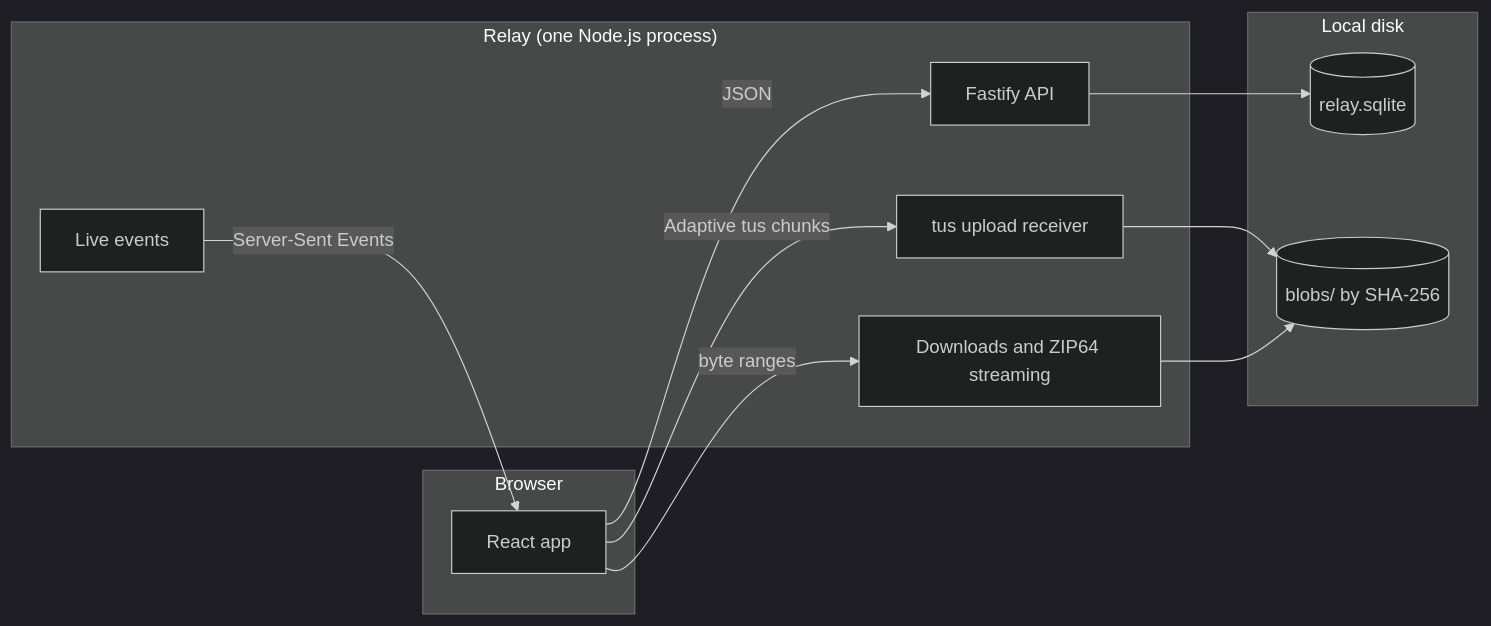
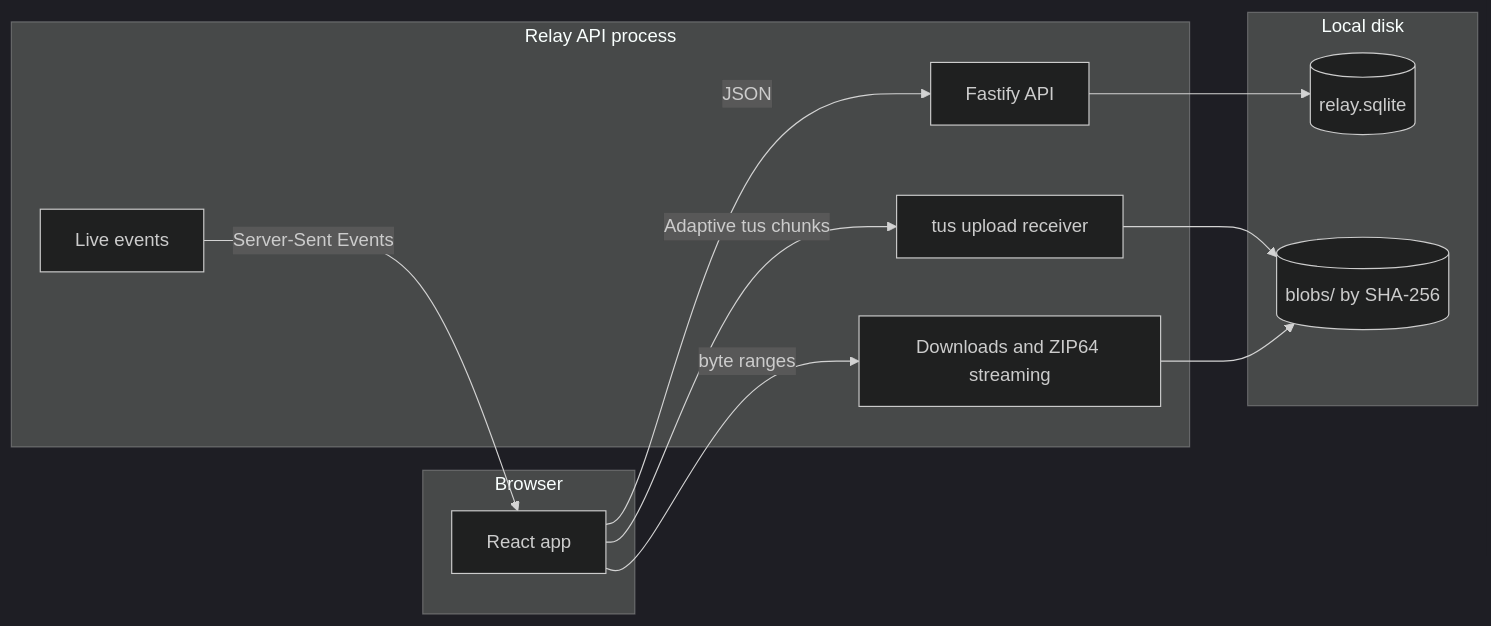
One commit to walriyami/Relay changed the diagram in docs/architecture.md. Above: the diagram before and after it, drawn with Mermaid (dark theme). The commit also changed other lines of this file and 2 other files, not shown here.

Commit message:
docs: clarify verifier prerequisites and helper process

````diff
--- a/docs/architecture.md
+++ b/docs/architecture.md
@@ -5,23 +5,23 @@
 ```mermaid
 flowchart LR
   subgraph Browser
     UI[React app]
   end
-  subgraph Relay["Relay (one Node.js process)"]
+  subgraph Relay["Relay API process"]
     API[Fastify API]
     TUS[tus upload receiver]
     DL[Downloads and ZIP64 streaming]
     SSE[Live events]
   end
   subgraph Disk["Local disk"]
     DB[(relay.sqlite)]
     BLOBS[(blobs/ by SHA-256)]
   end
   UI -- JSON --> API
   UI -- Adaptive tus chunks --> TUS
   UI -- byte ranges --> DL
   SSE -- Server-Sent Events --> UI
   API --> DB
   TUS --> BLOBS
   DL --> BLOBS
 ```
````
